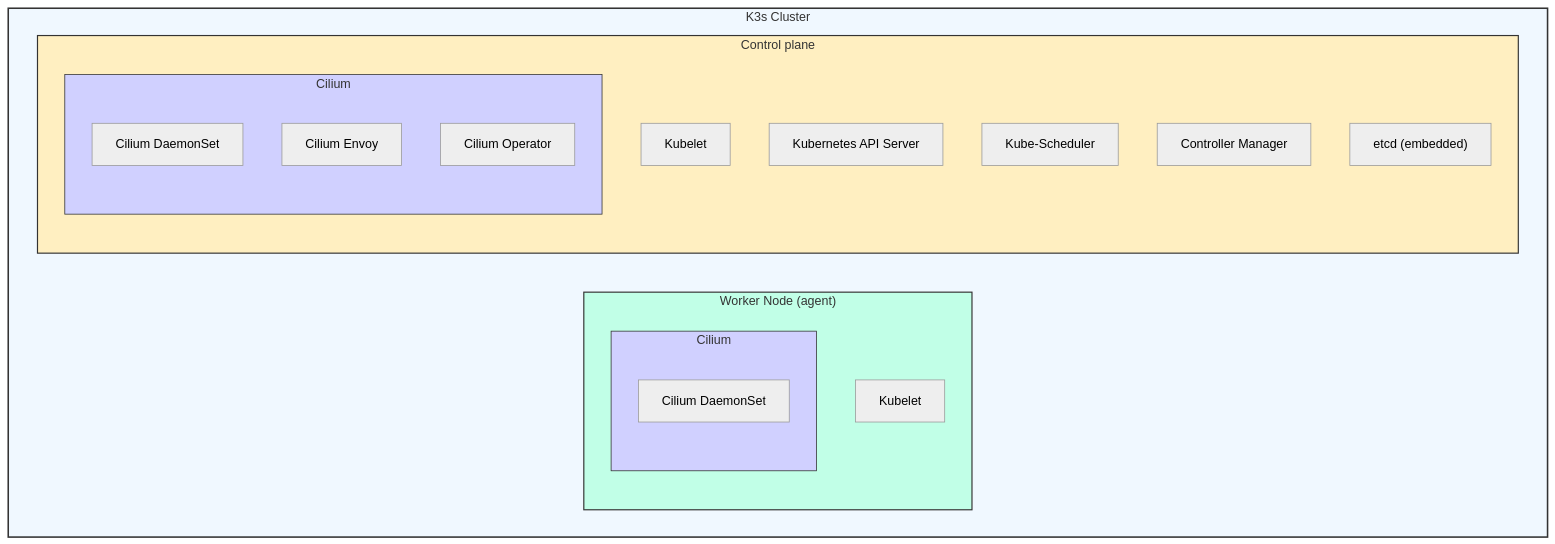
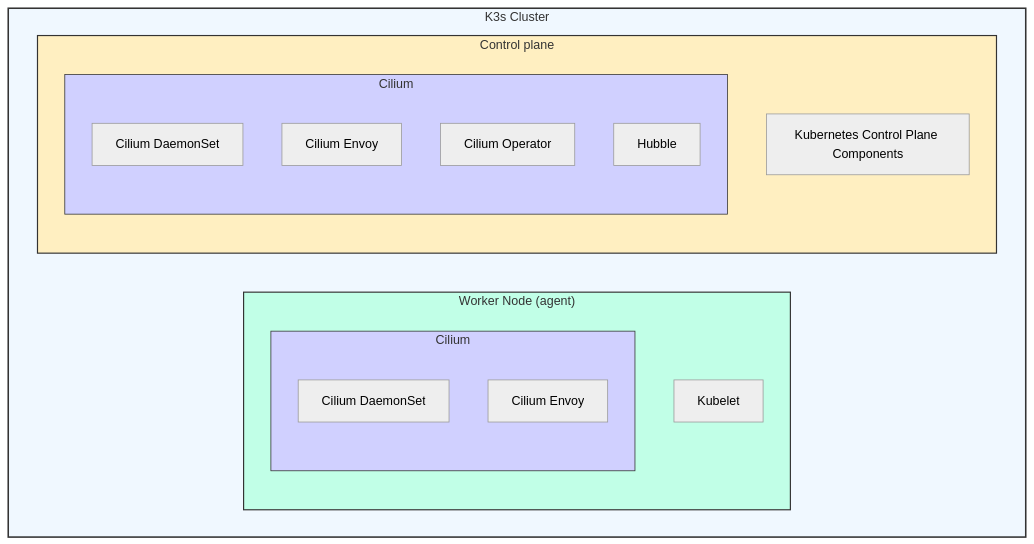
The diagram in content/posts/hs_2_k3scilium/index.md (k1nho/k1nho.github.io), drawn with Mermaid (neutral theme) before and after one commit. The commit also changed other lines of this file and 6 other files, not shown here.

````diff
--- a/content/posts/hs_2_k3scilium/index.md
+++ b/content/posts/hs_2_k3scilium/index.md
@@ -276,31 +276,29 @@
 ```mermaid
 graph TD
     subgraph K3s_Cluster["K3s Cluster"]
       subgraph Worker["Worker Node (agent)"]
             KubeletW["Kubelet"]
             subgraph CiliumW["Cilium"]
                 CiliumDS["Cilium DaemonSet"]
+                CiliumEnvoy["Cilium Envoy"]
             end
         end
 
         subgraph Master["Control plane"]
-            KubeletM["Kubelet"]
-            API["Kubernetes API Server"]
-            Scheduler["Kube-Scheduler"]
-            Controller["Controller Manager"]
-            ETCD["etcd (embedded)"]
+            K3scomponets["Kubernetes Control Plane Components"]
             subgraph CiliumM["Cilium"]
-                CiliumDaemon["Cilium DaemonSet"]
-                CiliumEnvoy["Cilium Envoy"]
+                CiliumDSM["Cilium DaemonSet"]
+                CiliumEnvoyM["Cilium Envoy"]
                 CiliumOperator["Cilium Operator"]
+                Hubble["Hubble"]
             end
         end
     end
 
     %% Style the subgraphs
     style K3s_Cluster fill:#f0f8ff,stroke:#333,stroke-width:2px
     style Master fill:#ffefc1,stroke:#333,stroke-width:1.5px
     style Worker fill:#c1ffe7,stroke:#333,stroke-width:1.5px
     style CiliumW fill:#d0d0ff,stroke:#333,stroke-width:1px
     style CiliumM fill:#d0d0ff,stroke:#333,stroke-width:1px
 ```
````
